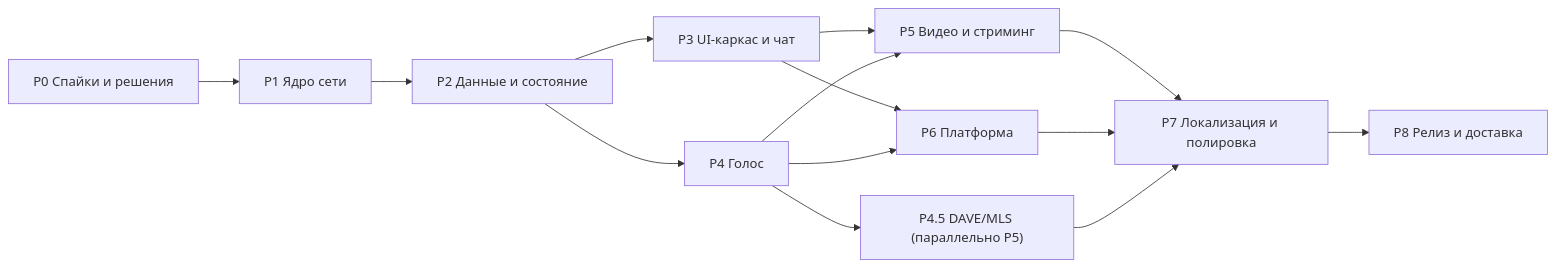
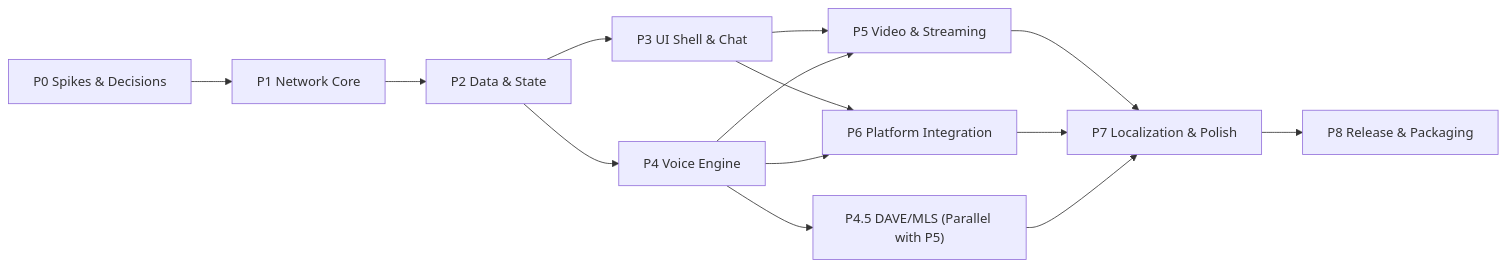
Before and after one commit to Userbash/chord: the diagram in docs/rust-client/PLAN.md, drawn with Mermaid. The commit also changed other lines of this file and 2279 other files, not shown here.

````diff
--- a/docs/rust-client/PLAN.md
+++ b/docs/rust-client/PLAN.md
@@ -15,16 +9,16 @@
 ```mermaid
 flowchart LR
-    P0["P0 Спайки и решения"] --> P1["P1 Ядро сети"]
-    P1 --> P2["P2 Данные и состояние"]
-    P2 --> P3["P3 UI-каркас и чат"]
-    P2 --> P4["P4 Голос"]
-    P3 --> P5["P5 Видео и стриминг"]
+    P0["P0 Spikes & Decisions"] --> P1["P1 Network Core"]
+    P1 --> P2["P2 Data & State"]
+    P2 --> P3["P3 UI Shell & Chat"]
+    P2 --> P4["P4 Voice Engine"]
+    P3 --> P5["P5 Video & Streaming"]
     P4 --> P5
-    P3 --> P6["P6 Платформа"]
+    P3 --> P6["P6 Platform Integration"]
     P4 --> P6
-    P5 --> P7["P7 Локализация и полировка"]
+    P5 --> P7["P7 Localization & Polish"]
     P6 --> P7
-    P7 --> P8["P8 Релиз и доставка"]
-    P4 --> P45["P4.5 DAVE/MLS (параллельно P5)"]
+    P7 --> P8["P8 Release & Packaging"]
+    P4 --> P45["P4.5 DAVE/MLS (Parallel with P5)"]
     P45 --> P7
 ```
````
